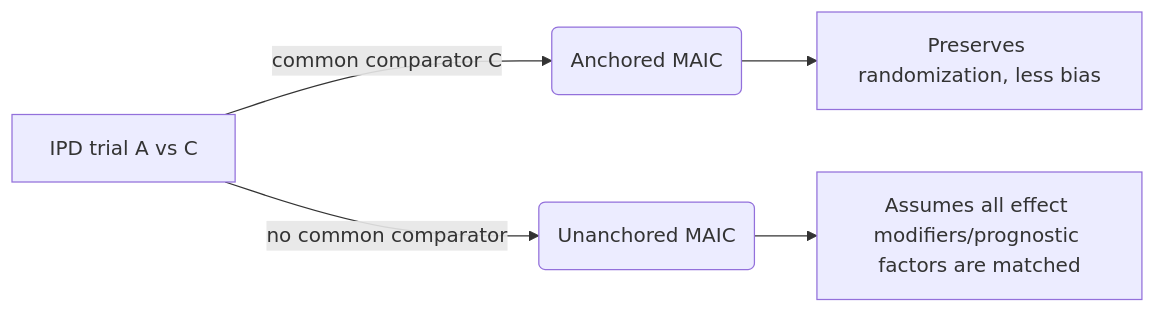
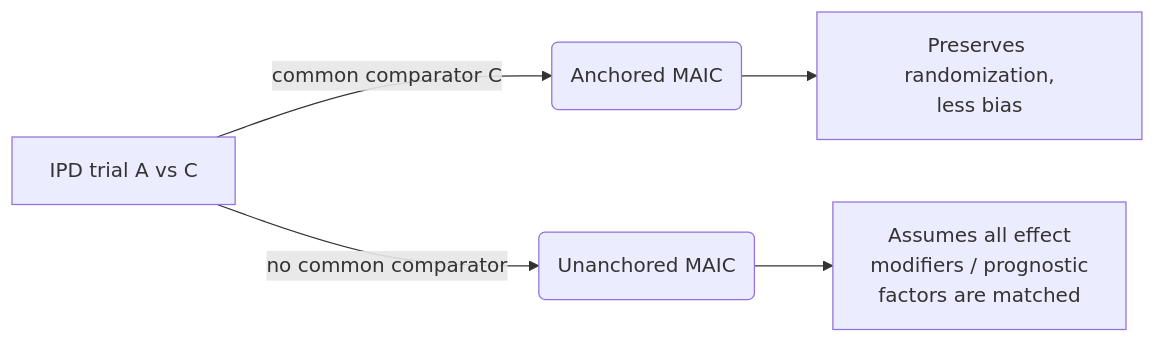
One commit to prog-workshop/statprogworkshop changed the first of 3 diagrams in public/MAIC_R/maicplus-intro.qmd. Above: the diagram before and after it, drawn with Mermaid. The commit also changed other lines of this file and 38 other files, not shown here.

````diff
--- a/public/MAIC_R/maicplus-intro.qmd
+++ b/public/MAIC_R/maicplus-intro.qmd
@@ -49,7 +26,7 @@
 ```{mermaid}
 flowchart LR
     A[IPD trial A vs C] -->|common comparator C| B(Anchored MAIC)
     A -->|no common comparator| C(Unanchored MAIC)
-    B --> D[Preserves randomization, less bias]
-    C --> E[Assumes all effect modifiers/prognostic factors are matched]
+    B --> D[Preserves randomization,<br/>less bias]
+    C --> E[Assumes all effect<br/>modifiers / prognostic<br/>factors are matched]
 ```
````
